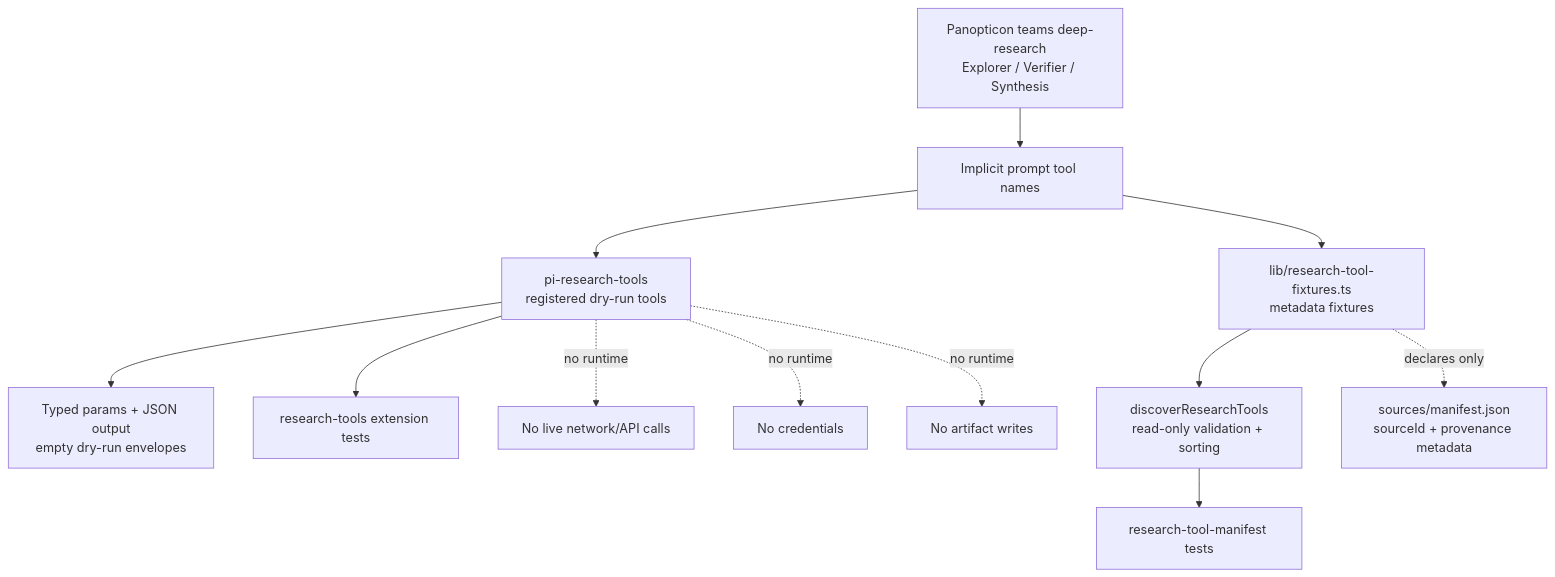
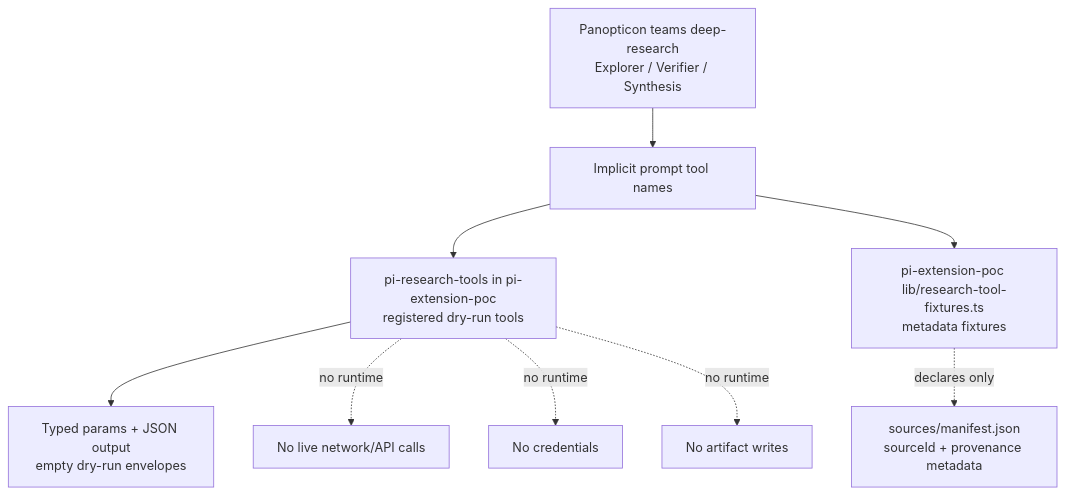
One commit to tS7hKamAYL84j91/pi-tools-and-skills changed diagram 11 of 13 in docs/architecture.md. Above: the diagram before and after it, drawn with Mermaid. The commit also changed other lines of this file and 18 other files, not shown here.

Commit message:
refactor(research-tools): remove moved research package

````diff
--- a/docs/architecture.md
+++ b/docs/architecture.md
@@ -421,15 +416,12 @@
 ```mermaid
 flowchart TD
   DeepResearch[Panopticon teams deep-research\nExplorer / Verifier / Synthesis] --> PromptTools[Implicit prompt tool names]
-  PromptTools --> Registered[pi-research-tools\nregistered dry-run tools]
-  PromptTools --> Manifest[lib/research-tool-fixtures.ts\nmetadata fixtures]
-  Manifest --> Discovery[discoverResearchTools\nread-only validation + sorting]
+  PromptTools --> Registered[pi-research-tools in pi-extension-poc\nregistered dry-run tools]
+  PromptTools --> Manifest[pi-extension-poc lib/research-tool-fixtures.ts\nmetadata fixtures]
   Registered --> Json[Typed params + JSON output\nempty dry-run envelopes]
   Manifest -. declares only .-> Artifacts[sources/manifest.json\nsourceId + provenance metadata]
-  Discovery --> Tests[research-tool-manifest tests]
-  Registered --> RuntimeTests[research-tools extension tests]
 
   Registered -. no runtime .-> NoNetwork[No live network/API calls]
   Registered -. no runtime .-> NoCreds[No credentials]
   Registered -. no runtime .-> NoWrites[No artifact writes]
 ```
````
